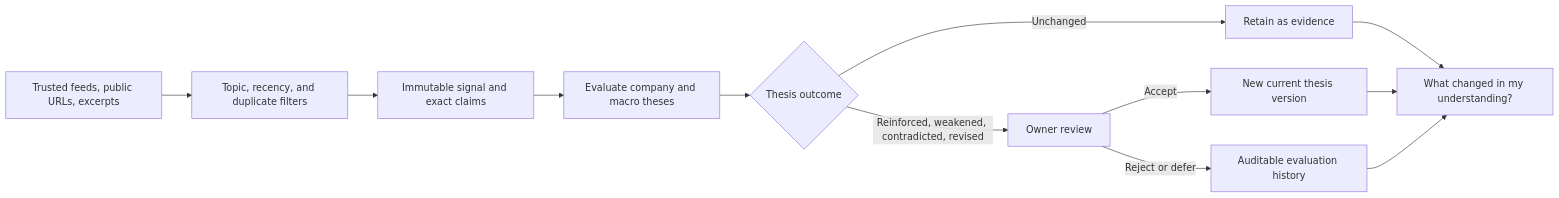
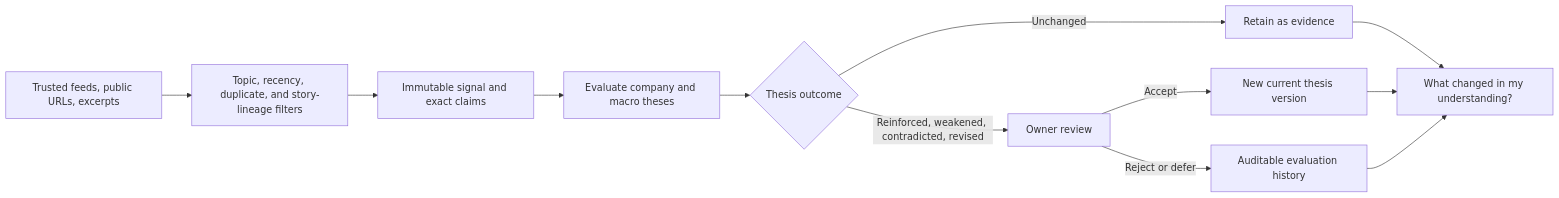
One commit to GawainTheCoder/project-relay changed the first of 2 diagrams in README.md. Above: the diagram before and after it, drawn with Mermaid. The commit also changed other lines of this file and 29 other files, not shown here.

````diff
--- a/README.md
+++ b/README.md
@@ -23,14 +23,14 @@
 ```mermaid
 flowchart LR
-    SOURCES["Trusted feeds, public URLs, excerpts"] --> FILTER["Topic, recency, and duplicate filters"]
+    SOURCES["Trusted feeds, public URLs, excerpts"] --> FILTER["Topic, recency, duplicate, and story-lineage filters"]
     FILTER --> SIGNAL["Immutable signal and exact claims"]
     SIGNAL --> EVALUATE["Evaluate company and macro theses"]
     EVALUATE --> PROPOSAL{"Thesis outcome"}
     PROPOSAL -- "Unchanged" --> LEDGER["Retain as evidence"]
     PROPOSAL -- "Reinforced, weakened, contradicted, revised" --> REVIEW["Owner review"]
     REVIEW -- Accept --> VERSION["New current thesis version"]
     REVIEW -- "Reject or defer" --> HISTORY["Auditable evaluation history"]
     LEDGER --> BRIEF["What changed in my understanding?"]
     VERSION --> BRIEF
     HISTORY --> BRIEF
 ```
````
